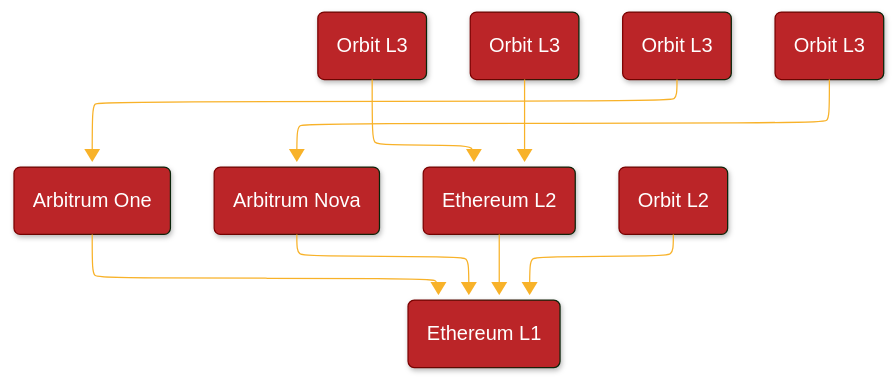
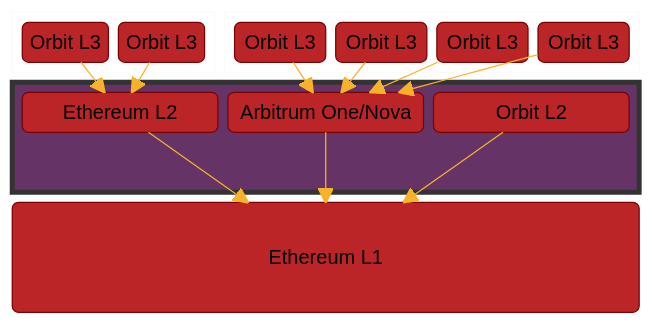
Before and after one commit to OffchainLabs/arbitrum-docs: the first of 3 diagrams in arbitrum-docs/mermaid-examples.mdx, drawn with Mermaid. The commit also changed other lines of this file, not shown here.

Commit message:
feat: add internal page with mermaid examples

````diff
--- a/arbitrum-docs/mermaid-examples.mdx
+++ b/arbitrum-docs/mermaid-examples.mdx
@@ -12,41 +79,44 @@
 ``` mermaid
----
-config:
-  layout: elk
-  look: neo
----
-
 %%{
   init: {
-    'theme': 'base',
-    'themeVariables': {
-      'curve': 'stepBefore',
-      'primaryColor': '#BB2528',
-      'primaryTextColor': '#fff',
-      'primaryBorderColor': '#7C0000',
-      'lineColor': '#F8B229',
-      'secondaryColor': '#006100',
-      'tertiaryColor': '#fff',
-      'rankSpacing': '150'
+    "theme": "base",
+    "flowchart" : { "curve" : "stepAfter", "rankSpacing" : "80","wrappingWidth" :"800" },
+    "themeVariables": {
+      "primaryColor": "#BB2528",
+      "primaryTextColor": "#fff",
+      "primaryBorderColor": "#7C0000",
+      "lineColor": "#F8B229",
+      "secondaryColor": "#006100",
+      "tertiaryColor": "#fff"
     }
   }
 }%%
-graph TD
-          L3A("Orbit L3")
-          L3B("Orbit L3")
-          L3C("Orbit L3")
-          L3D("Orbit L3")
-          L2A("Arbitrum One")
-          L2B("Arbitrum Nova")
-          L2C("Ethereum L2")
-          L2D("Orbit L2")
-    L1("Ethereum L1")
-    L3A --> L2C
-    L3B --> L2C
-    L3C --> L2A
-    L3D --> L2B
-    L2A --> L1
-    L2B --> L1
-    L2C --> L1
-    L2D --> L1 
+block-beta
+  columns 6
+  block:L3SettlingOnEthereumL2s:2
+    1("Orbit L3"):1
+    2("Orbit L3"):1 
+    end
+  block:L3SettlingOnArbitrumL2s:4
+    3("Orbit L3"):1 
+    4("Orbit L3"):1 
+    5("Orbit L3"):1 
+    6("Orbit L3"):1 
+    end
+  block:L2s:6
+  ETHL2("Ethereum L2"):2
+  ArbOneArbNov("Arbitrum One/Nova"):3
+  OrbitL2("Orbit L2"):1
+  end
+  EthereumL1("Ethereum L1"):6
+  1-->ETHL2
+  2-->ETHL2
+  3-->ArbOneArbNov
+  4-->ArbOneArbNov
+  5-->ArbOneArbNov
+  6-->ArbOneArbNov
+  ETHL2-->EthereumL1
+  ArbOneArbNov-->EthereumL1
+  OrbitL2-->EthereumL1
+  style L2s fill:#636,stroke:#333,stroke-width:4px
 ```
````
